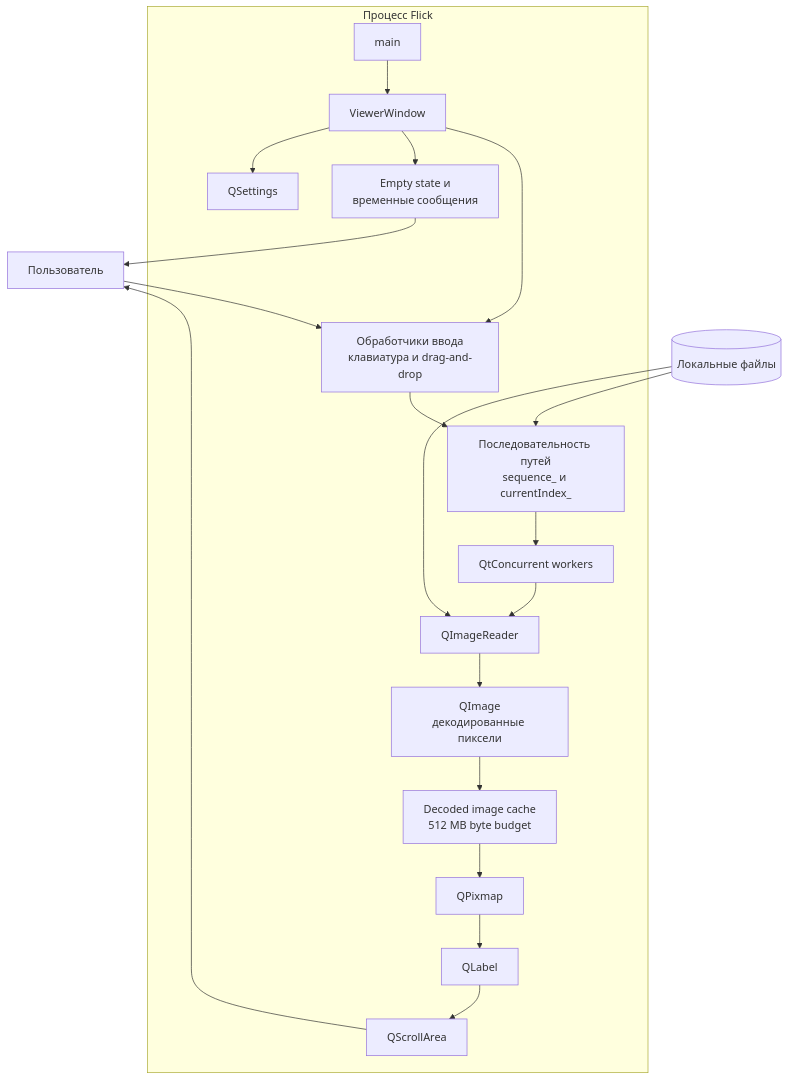
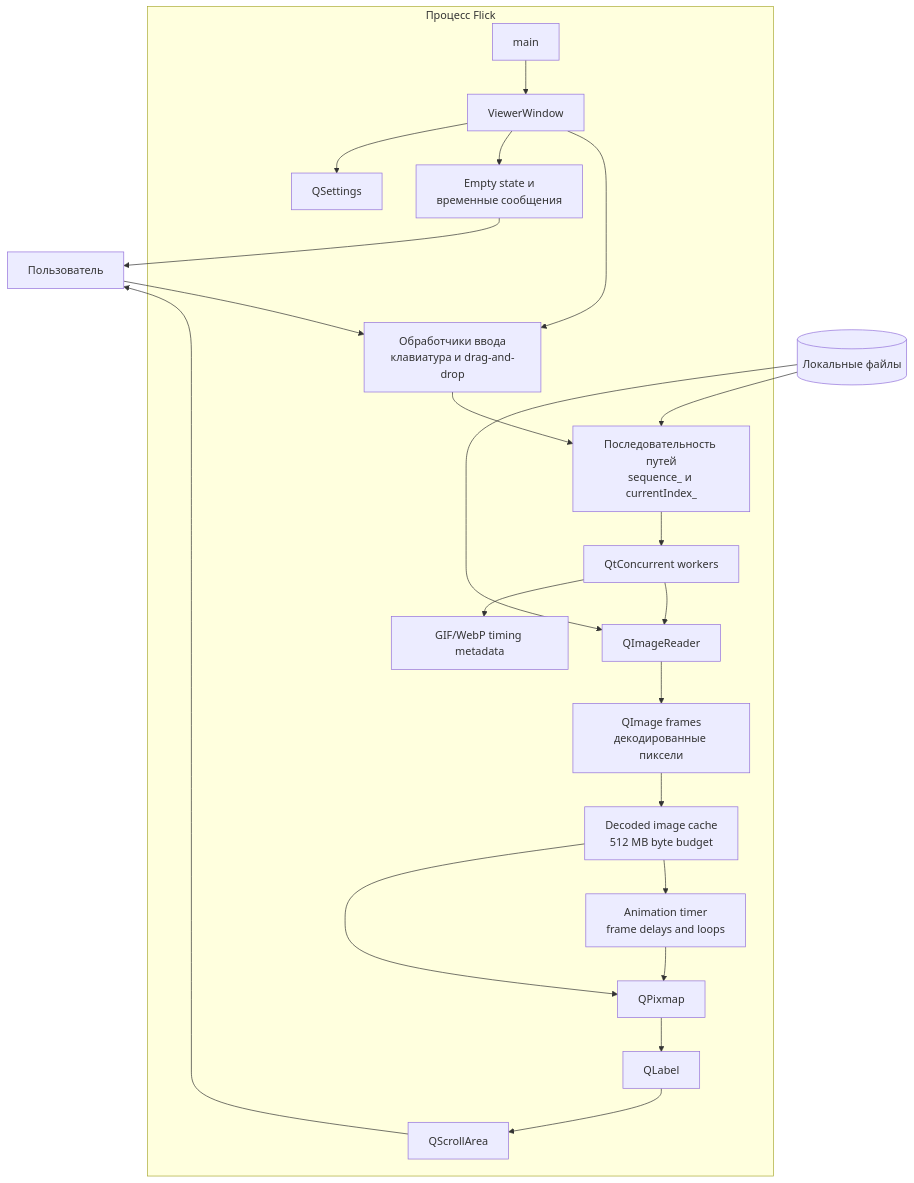
One commit to Lannselot/Flick changed the first of 4 diagrams in docs/architecture.md. Above: the diagram before and after it, drawn with Mermaid. The commit also changed other lines of this file and 13 other files, not shown here.

````diff
--- a/docs/architecture.md
+++ b/docs/architecture.md
@@ -8,39 +8,44 @@
 ```mermaid
 flowchart TB
     User[Пользователь]
 
     subgraph Flick[Процесс Flick]
         Main[main]
         Window[ViewerWindow]
         Input[Обработчики ввода<br/>клавиатура и drag-and-drop]
         Sequence[Последовательность путей<br/>sequence_ и currentIndex_]
         Workers[QtConcurrent workers]
         Reader[QImageReader]
+        Metadata[GIF/WebP timing metadata]
         Cache[Decoded image cache<br/>512 MB byte budget]
-        Image[QImage<br/>декодированные пиксели]
+        Image[QImage frames<br/>декодированные пиксели]
+        Animation[Animation timer<br/>frame delays and loops]
         Pixmap[QPixmap]
         Label[QLabel]
         Viewport[QScrollArea]
         Feedback[Empty state и<br/>временные сообщения]
         Settings[QSettings]
 
         Main --> Window
         Window --> Input
         Input --> Sequence
         Sequence --> Workers
         Workers --> Reader
+        Workers --> Metadata
         Reader --> Image
         Image --> Cache
+        Cache --> Animation
+        Animation --> Pixmap
         Cache --> Pixmap
         Pixmap --> Label
         Label --> Viewport
         Window --> Feedback
         Window --> Settings
     end
 
     Files[(Локальные файлы)] --> Sequence
     Files --> Reader
     User --> Input
     Viewport --> User
     Feedback --> User
 ```
````
